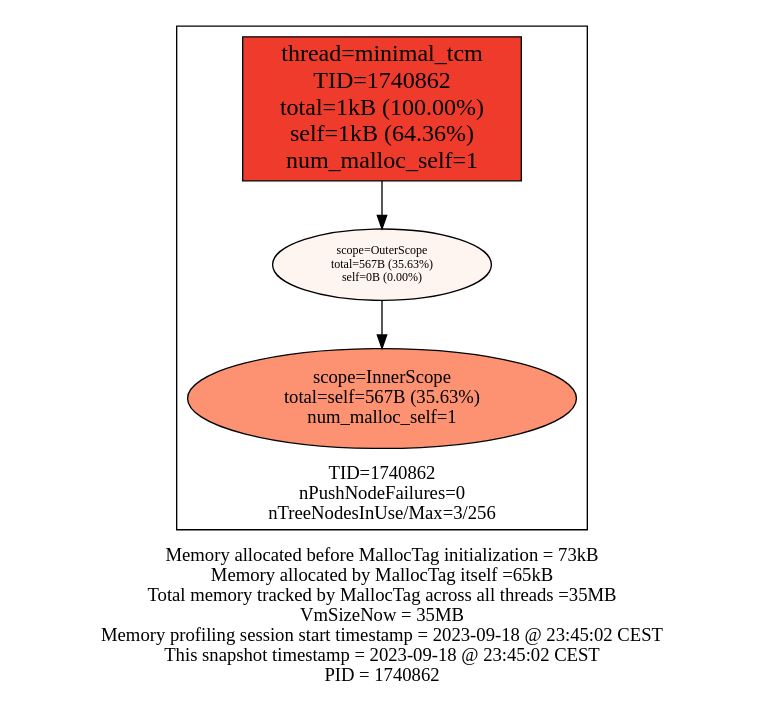
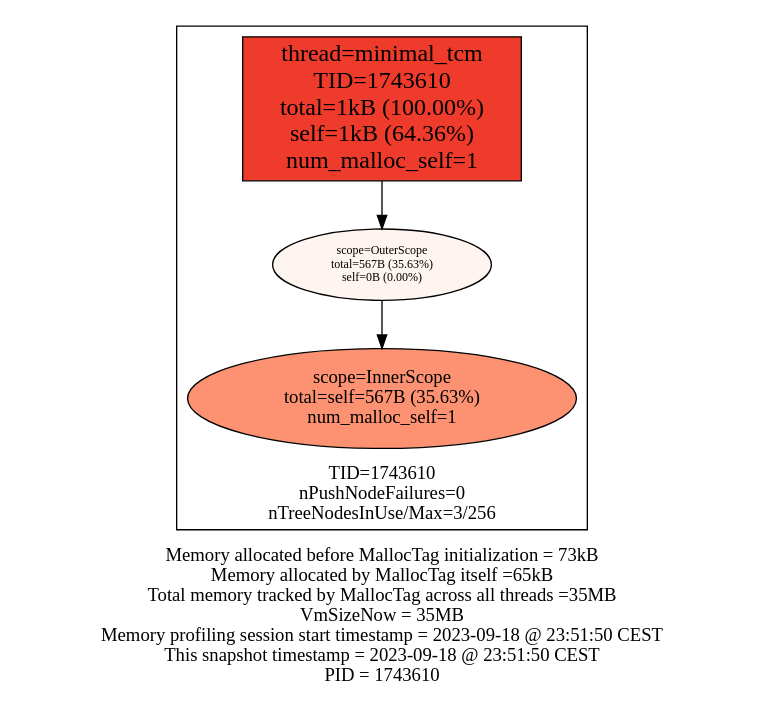
The diagram in examples/minimal/minimal_stats.dot (f18m/malloc-tag), drawn with Graphviz before and after one commit. The commit also changed 3 other files, not shown here.

```diff
--- a/examples/minimal/minimal_stats.dot
+++ b/examples/minimal/minimal_stats.dot
@@ -1,16 +1,16 @@
 digraph MallocTree {
  node [colorscheme=reds9 style=filled]
- subgraph cluster_TID1740862 {
+ subgraph cluster_TID1743610 {
   node [colorscheme=reds9 style=filled]
   labelloc="b"
-  label="TID=1740862\nnPushNodeFailures=0\nnTreeNodesInUse/Max=3/256\n"
-  "1740862_minimal_tcm" [label="thread=minimal_tcm\nTID=1740862\ntotal=1kB (100.00%)\nself=1kB (64.36%)\nnum_malloc_self=1" shape=box fillcolor=6 fontsize=18]
-  "1740862_minimal_tcm" -> "1740862_OuterScope"
-  "1740862_OuterScope" [label="scope=OuterScope\ntotal=567B (35.63%)\nself=0B (0.00%)" fillcolor=1 fontsize=9]
-  "1740862_OuterScope" -> "1740862_InnerScope"
-  "1740862_InnerScope" [label="scope=InnerScope\ntotal=self=567B (35.63%)\nnum_malloc_self=1" fillcolor=4 fontsize=14]
+  label="TID=1743610\nnPushNodeFailures=0\nnTreeNodesInUse/Max=3/256\n"
+  "1743610_minimal_tcm" [label="thread=minimal_tcm\nTID=1743610\ntotal=1kB (100.00%)\nself=1kB (64.36%)\nnum_malloc_self=1" shape=box fillcolor=6 fontsize=18]
+  "1743610_minimal_tcm" -> "1743610_OuterScope"
+  "1743610_OuterScope" [label="scope=OuterScope\ntotal=567B (35.63%)\nself=0B (0.00%)" fillcolor=1 fontsize=9]
+  "1743610_OuterScope" -> "1743610_InnerScope"
+  "1743610_InnerScope" [label="scope=InnerScope\ntotal=self=567B (35.63%)\nnum_malloc_self=1" fillcolor=4 fontsize=14]
  }
 
  labelloc="b"
- label="Memory allocated before MallocTag initialization = 73kB\nMemory allocated by MallocTag itself =65kB\nTotal memory tracked by MallocTag across all threads =35MB\nVmSizeNow = 35MB\nMemory profiling session start timestamp = 2023-09-18 @ 23:45:02 CEST\nThis snapshot timestamp = 2023-09-18 @ 23:45:02 CEST\nPID = 1740862\n"
+ label="Memory allocated before MallocTag initialization = 73kB\nMemory allocated by MallocTag itself =65kB\nTotal memory tracked by MallocTag across all threads =35MB\nVmSizeNow = 35MB\nMemory profiling session start timestamp = 2023-09-18 @ 23:51:50 CEST\nThis snapshot timestamp = 2023-09-18 @ 23:51:50 CEST\nPID = 1743610\n"
 }
```
